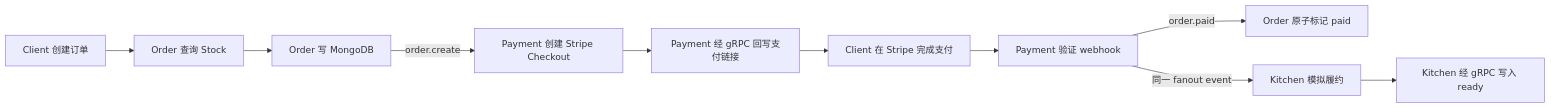
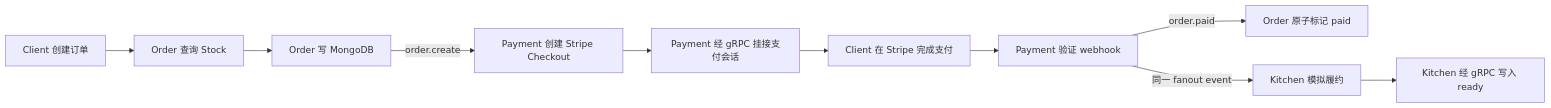
Before and after one commit to jiahuipaung/gorder: the first of 5 diagrams in docs/architecture/business-flow.md, drawn with Mermaid. The commit also changed other lines of this file and 9 other files, not shown here.

````diff
--- a/docs/architecture/business-flow.md
+++ b/docs/architecture/business-flow.md
@@ -12,12 +12,12 @@
 ```mermaid
 flowchart LR
     A[Client 创建订单] --> B[Order 查询 Stock]
     B --> C[Order 写 MongoDB]
     C -->|order.create| D[Payment 创建 Stripe Checkout]
-    D --> E[Payment 经 gRPC 回写支付链接]
+    D --> E[Payment 经 gRPC 挂接支付会话]
     E --> F[Client 在 Stripe 完成支付]
     F --> G[Payment 验证 webhook]
     G -->|order.paid| H[Order 原子标记 paid]
     G -->|同一 fanout event| I[Kitchen 模拟履约]
     I --> J[Kitchen 经 gRPC 写入 ready]
 ```
````
